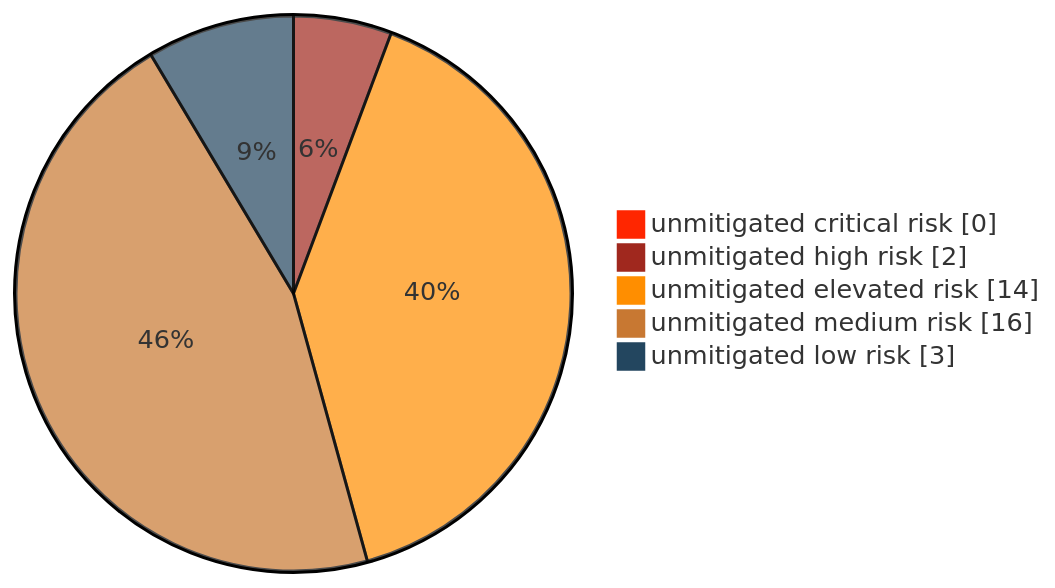
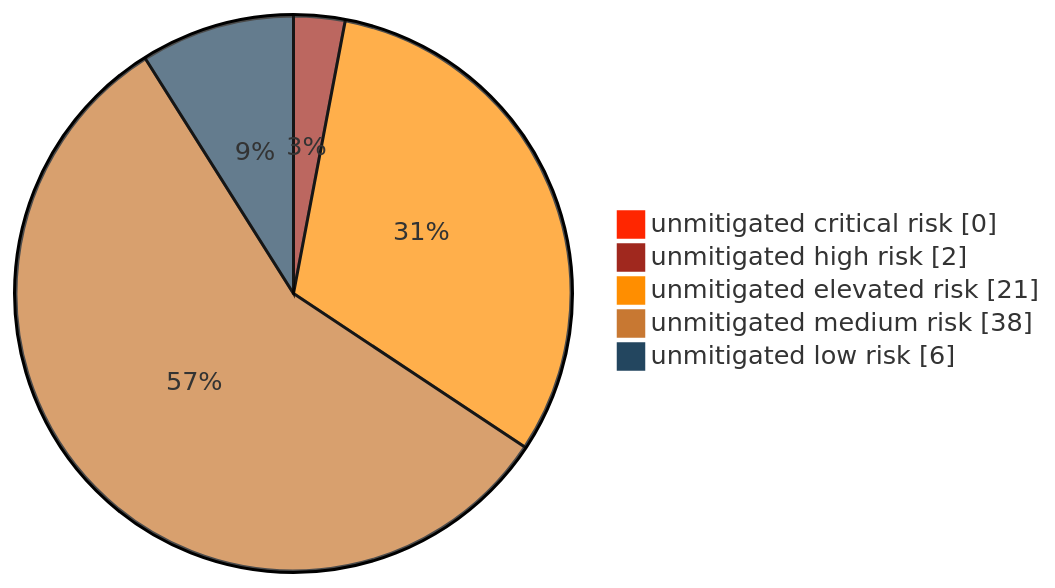
Before and after one commit to Luv1881/Threat-model: the first of 2 diagrams in threagile/output/stride/adocReport/030_RiskMitigationStatus.adoc, drawn with Mermaid. The commit also changed other lines of this file and 312 other files, not shown here.

```diff
--- a/threagile/output/stride/adocReport/030_RiskMitigationStatus.adoc
+++ b/threagile/output/stride/adocReport/030_RiskMitigationStatus.adoc
@@ -75,10 +75,10 @@
 [mermaid]
 ....
 %%{init: {'pie' : {'textPosition' : 0.5}, 'theme': 'base', 'themeVariables': { 'pie1': '#FF2600', 'pie2': '#A0281E', 'pie3': '#FF8E00', 'pie4': '#C87832', 'pie5': '#23465F'}}}%%
 pie showData
   "unmitigated critical risk" : 0
   "unmitigated high risk" : 2
-  "unmitigated elevated risk" : 14
-  "unmitigated medium risk" : 16
-  "unmitigated low risk" : 3
+  "unmitigated elevated risk" : 21
+  "unmitigated medium risk" : 38
+  "unmitigated low risk" : 6
 ....
```
